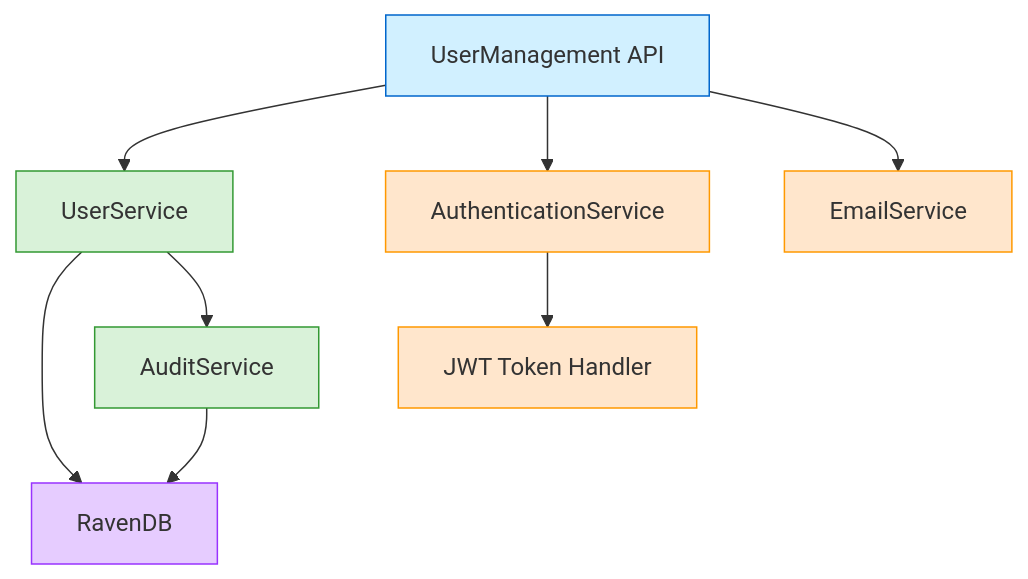
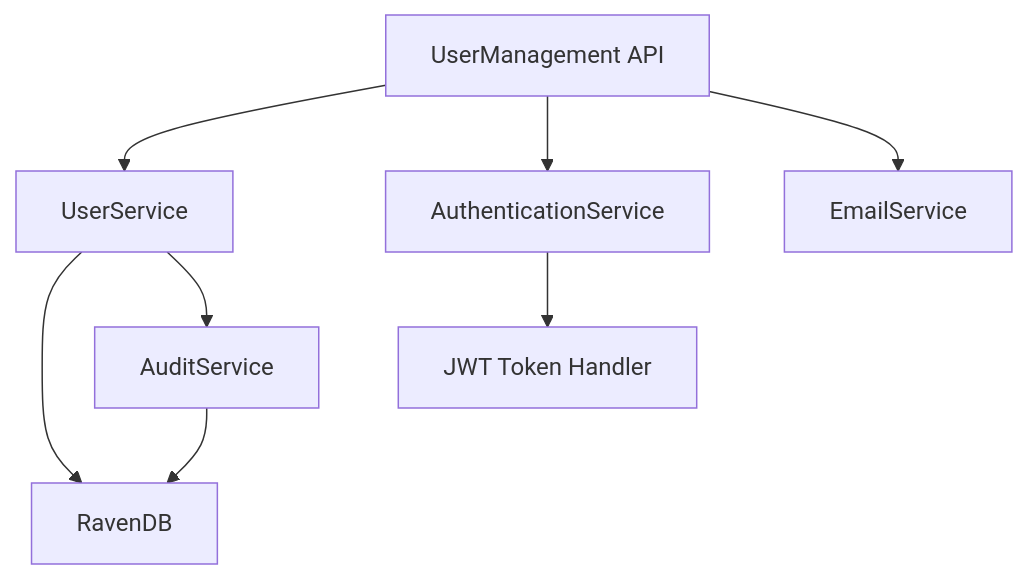
One commit to fares1919-ltrch/Backend-stage changed the second of 4 diagrams in Documentation/UserManagement.md. Above: the diagram before and after it, drawn with Mermaid. The commit also changed other lines of this file and 20 other files, not shown here.

````diff
--- a/Documentation/UserManagement.md
+++ b/Documentation/UserManagement.md
@@ -88,18 +83,12 @@
 ```mermaid
 graph TD
     A[UserManagement API] --> B[UserService]
     B --> C[RavenDB]
     A --> D[AuthenticationService]
     A --> E[EmailService]
     B --> F[AuditService]
     F --> C
     D --> G[JWT Token Handler]
 
-    style A fill:#d1f0ff,stroke:#0066cc
-    style B fill:#d9f2d9,stroke:#339933
-    style C fill:#e6ccff,stroke:#9933ff
-    style D fill:#ffe6cc,stroke:#ff9900
-    style E fill:#ffe6cc,stroke:#ff9900
-    style F fill:#d9f2d9,stroke:#339933
-    style G fill:#ffe6cc,stroke:#ff9900
+
 ```
````
